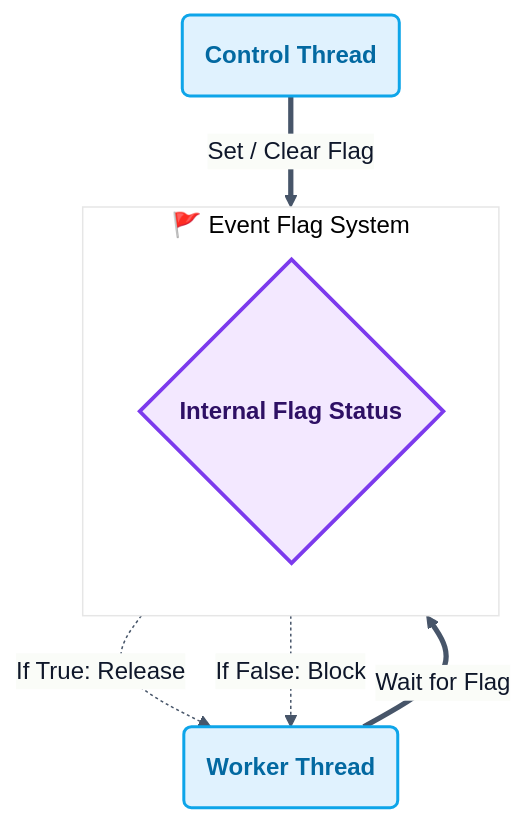
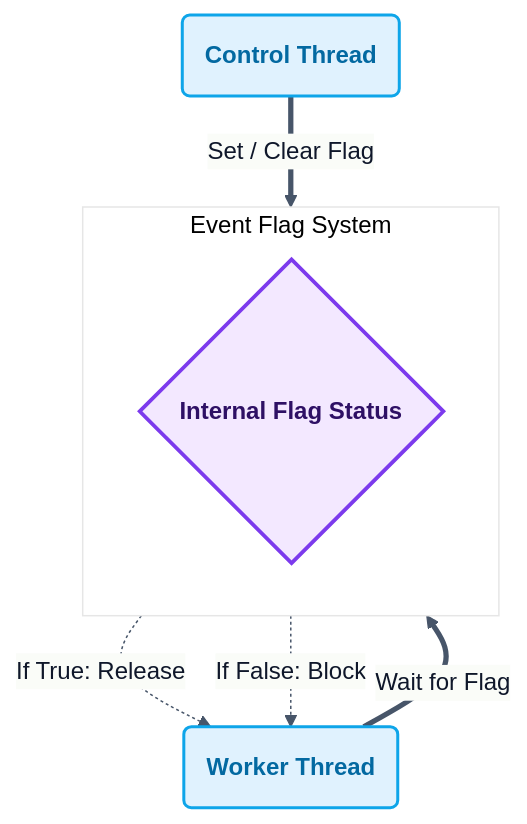
One commit to RameenAnwar/PDC-SP26-SE changed the seventh of 9 diagrams in SyedMuhammadHuzaifaAshrafi-(23FA-035-SE)/Chapter02/README.md. Above: the diagram before and after it, drawn with Mermaid. The commit also changed other lines of this file and 5 other files, not shown here.

````diff
--- a/SyedMuhammadHuzaifaAshrafi-(23FA-035-SE)/Chapter02/README.md
+++ b/SyedMuhammadHuzaifaAshrafi-(23FA-035-SE)/Chapter02/README.md
@@ -263,21 +263,21 @@
 ```mermaid
 %%{init: {'theme': 'base', 'themeVariables': { 'lineColor': '#475569', 'primaryColor': '#f8fafc', 'primaryTextColor': '#0f172a', 'primaryBorderColor': '#cbd5e1' }}}%%
 flowchart TD
     %% Premium Event Flag Visual
     classDef eFlag fill:#f3e8ff,stroke:#7c3aed,stroke-width:2.5px,color:#2e1065,font-weight:bold
     classDef tAction fill:#e0f2fe,stroke:#0ea5e9,stroke-width:2px,color:#0369a1,font-weight:bold
 
-    subgraph EVENT_SYSTEM ["🚩 Event Flag System"]
+    subgraph EVENT_SYSTEM ["Event Flag System"]
         direction LR
         Flag{"Internal Flag Status"}
     end
 
     T_Work("Worker Thread") == "Wait for Flag" ==> Flag
     T_Ctrl("Control Thread") == "Set / Clear Flag" ==> Flag
     
     Flag -. "If True: Release" .-> T_Work
     Flag -. "If False: Block" .-> T_Work
 
     class Flag eFlag
     class T_Work,T_Ctrl tAction
 ```
````
